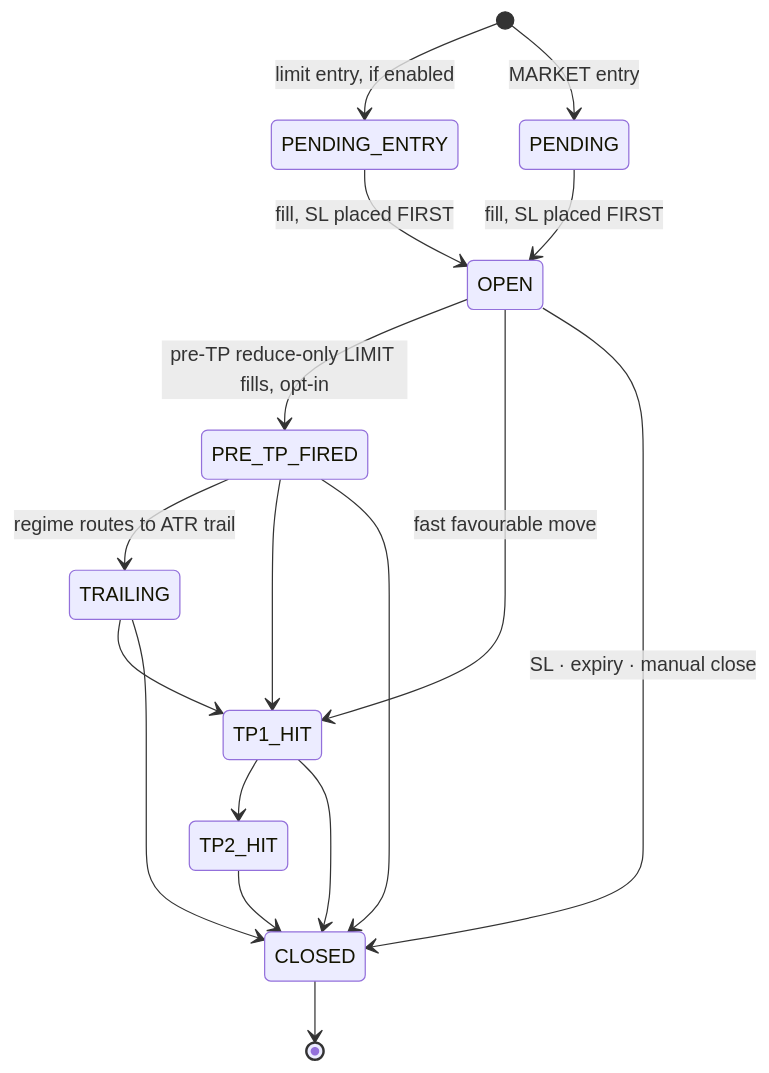
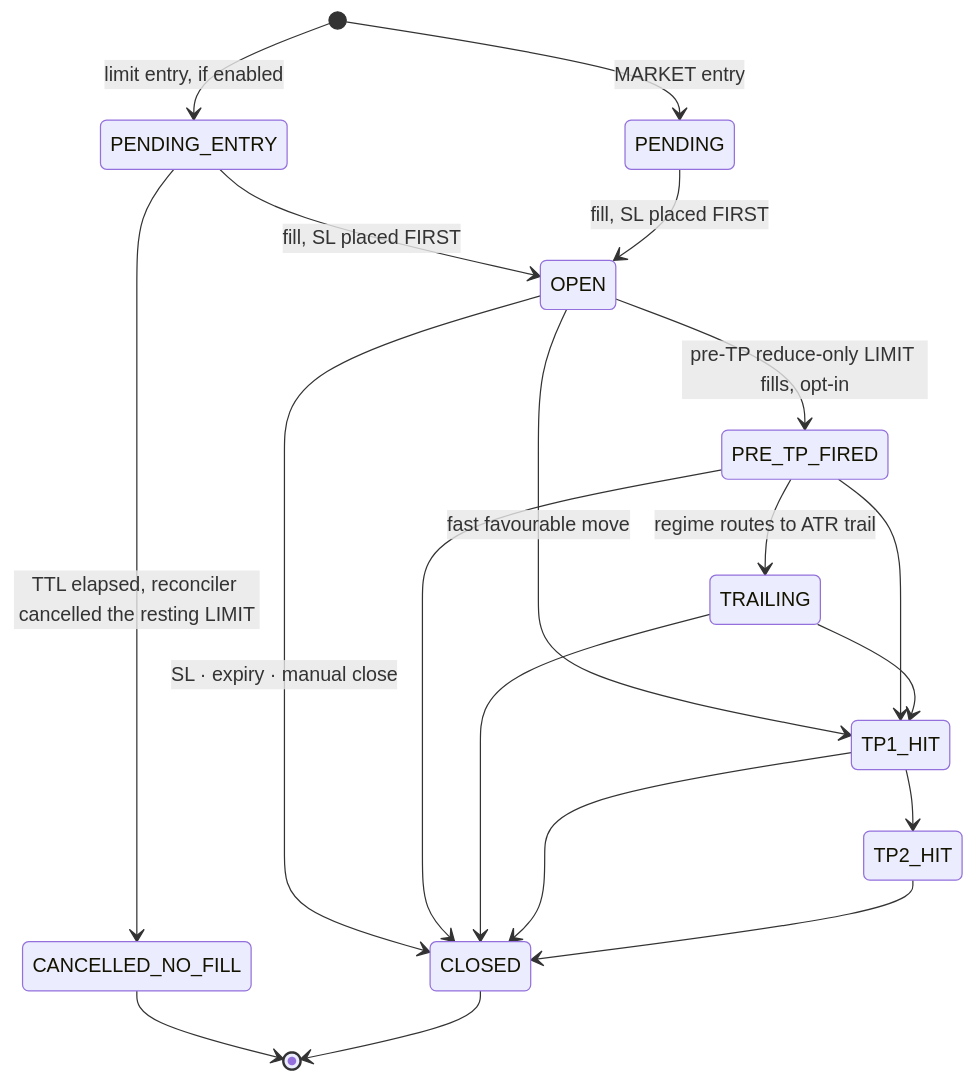
The third of 3 diagrams in ARCHITECTURE.md (mkmk749278/360-v2), drawn with Mermaid before and after one commit. The commit also changed other lines of this file, not shown here.

````diff
--- a/ARCHITECTURE.md
+++ b/ARCHITECTURE.md
@@ -333,19 +333,21 @@
 ```mermaid
 stateDiagram-v2
   [*] --> PENDING_ENTRY: limit entry, if enabled
   [*] --> PENDING: MARKET entry
   PENDING_ENTRY --> OPEN: fill, SL placed FIRST
   PENDING --> OPEN: fill, SL placed FIRST
   OPEN --> PRE_TP_FIRED: pre-TP reduce-only LIMIT fills, opt-in
   OPEN --> TP1_HIT: fast favourable move
   PRE_TP_FIRED --> TRAILING: regime routes to ATR trail
   PRE_TP_FIRED --> TP1_HIT
   TRAILING --> TP1_HIT
   TP1_HIT --> TP2_HIT
+  PENDING_ENTRY --> CANCELLED_NO_FILL: TTL elapsed, reconciler cancelled the resting LIMIT
+  CANCELLED_NO_FILL --> [*]
   OPEN --> CLOSED: SL · expiry · manual close
   PRE_TP_FIRED --> CLOSED
   TRAILING --> CLOSED
   TP1_HIT --> CLOSED
   TP2_HIT --> CLOSED
   CLOSED --> [*]
 ```
````
